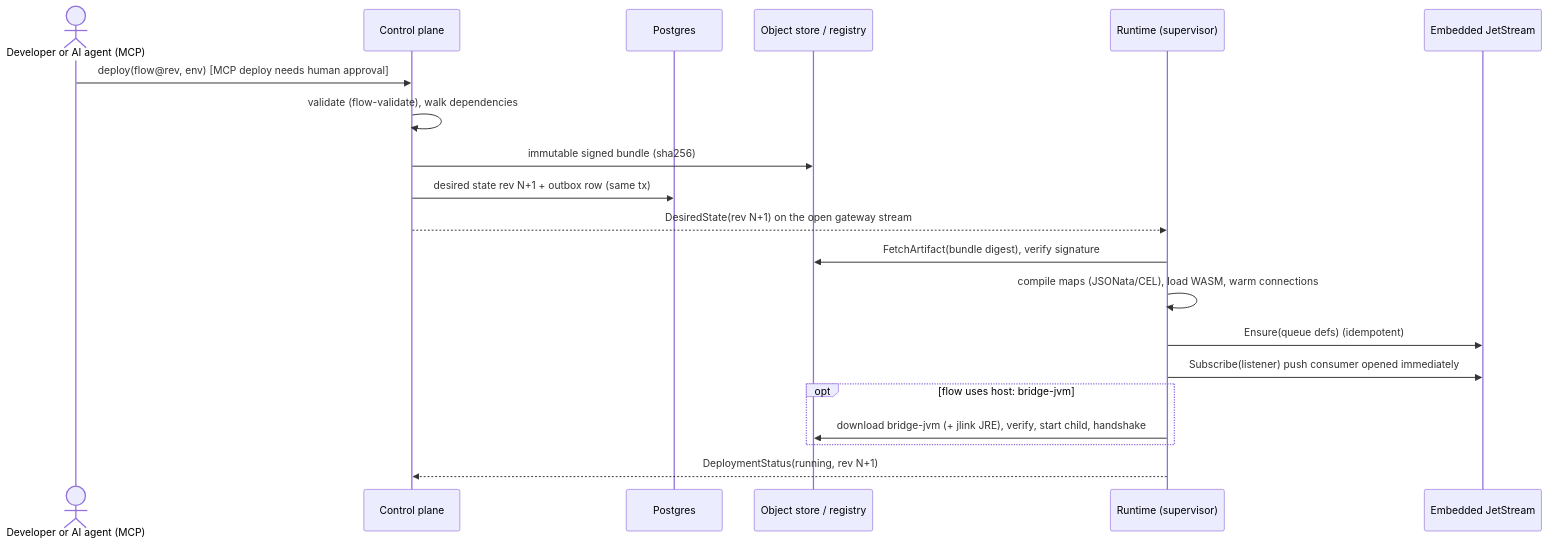
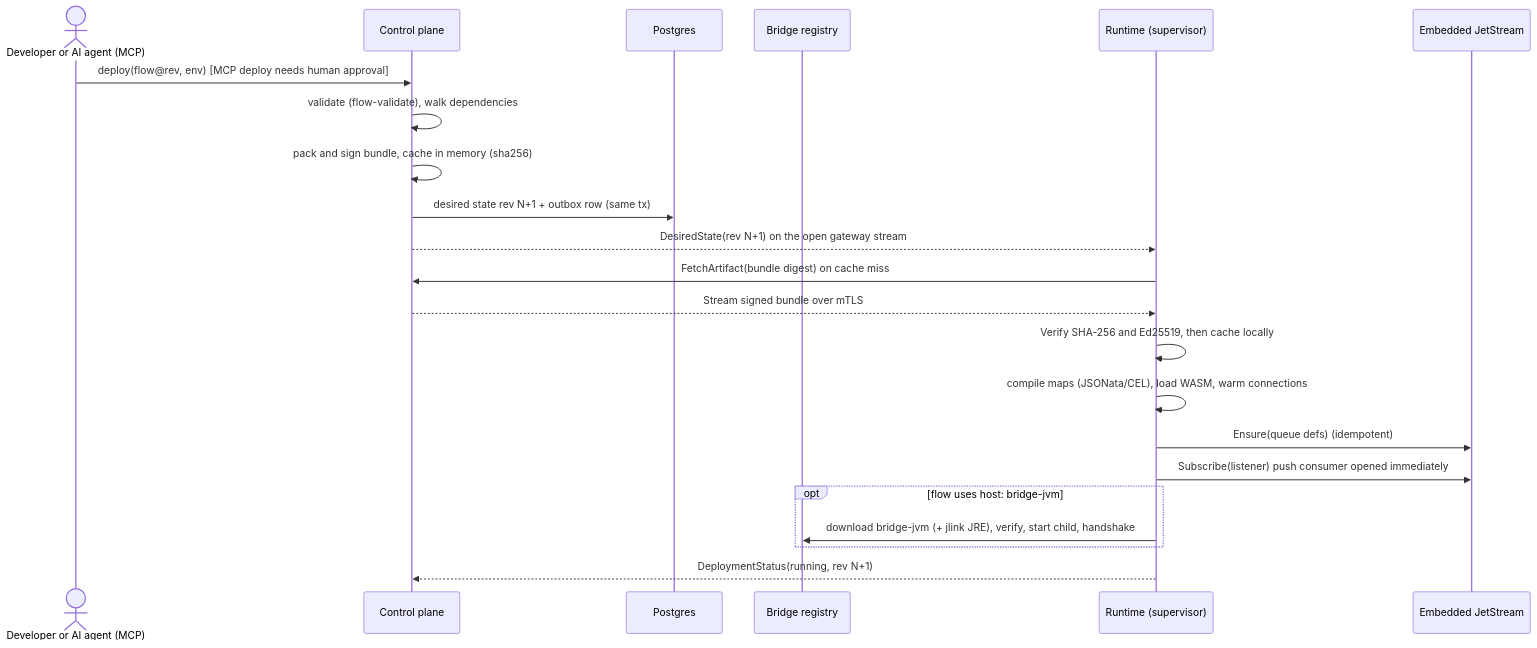
Before and after one commit to nurtuo/nurtuo: the second of 3 diagrams in docs/ARCHITECTURE.md, drawn with Mermaid. The commit also changed other lines of this file and 1 other file, not shown here.

Commit message:
docs(spec): address bundle artifact delivery review

````diff
--- a/docs/ARCHITECTURE.md
+++ b/docs/ARCHITECTURE.md
@@ -270,22 +270,24 @@
 ```mermaid
 sequenceDiagram
   actor U as Developer or AI agent (MCP)
   participant CP as Control plane
   participant PG as Postgres
-  participant S3 as Object store / registry
+  participant S3 as Bridge registry
   participant RT as Runtime (supervisor)
   participant Q as Embedded JetStream
   U->>CP: deploy(flow@rev, env)  [MCP deploy needs human approval]
   CP->>CP: validate (flow-validate), walk dependencies
-  CP->>S3: immutable signed bundle (sha256)
+  CP->>CP: pack and sign bundle, cache in memory (sha256)
   CP->>PG: desired state rev N+1 + outbox row (same tx)
   CP-->>RT: DesiredState(rev N+1) on the open gateway stream
-  RT->>S3: FetchArtifact(bundle digest), verify signature
+  RT->>CP: FetchArtifact(bundle digest) on cache miss
+  CP-->>RT: Stream signed bundle over mTLS
+  RT->>RT: Verify SHA-256 and Ed25519, then cache locally
   RT->>RT: compile maps (JSONata/CEL), load WASM, warm connections
   RT->>Q: Ensure(queue defs)  (idempotent)
   RT->>Q: Subscribe(listener)  push consumer opened immediately
   opt flow uses host: bridge-jvm
     RT->>S3: download bridge-jvm (+ jlink JRE), verify, start child, handshake
   end
   RT-->>CP: DeploymentStatus(running, rev N+1)
 ```
````
